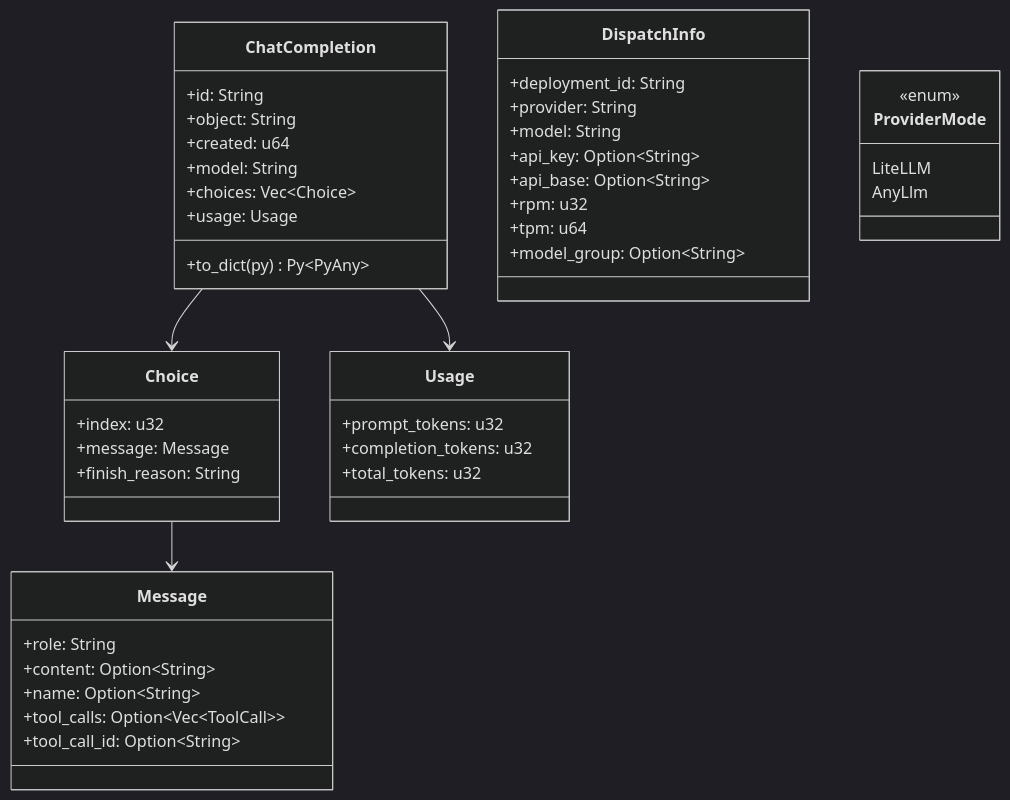
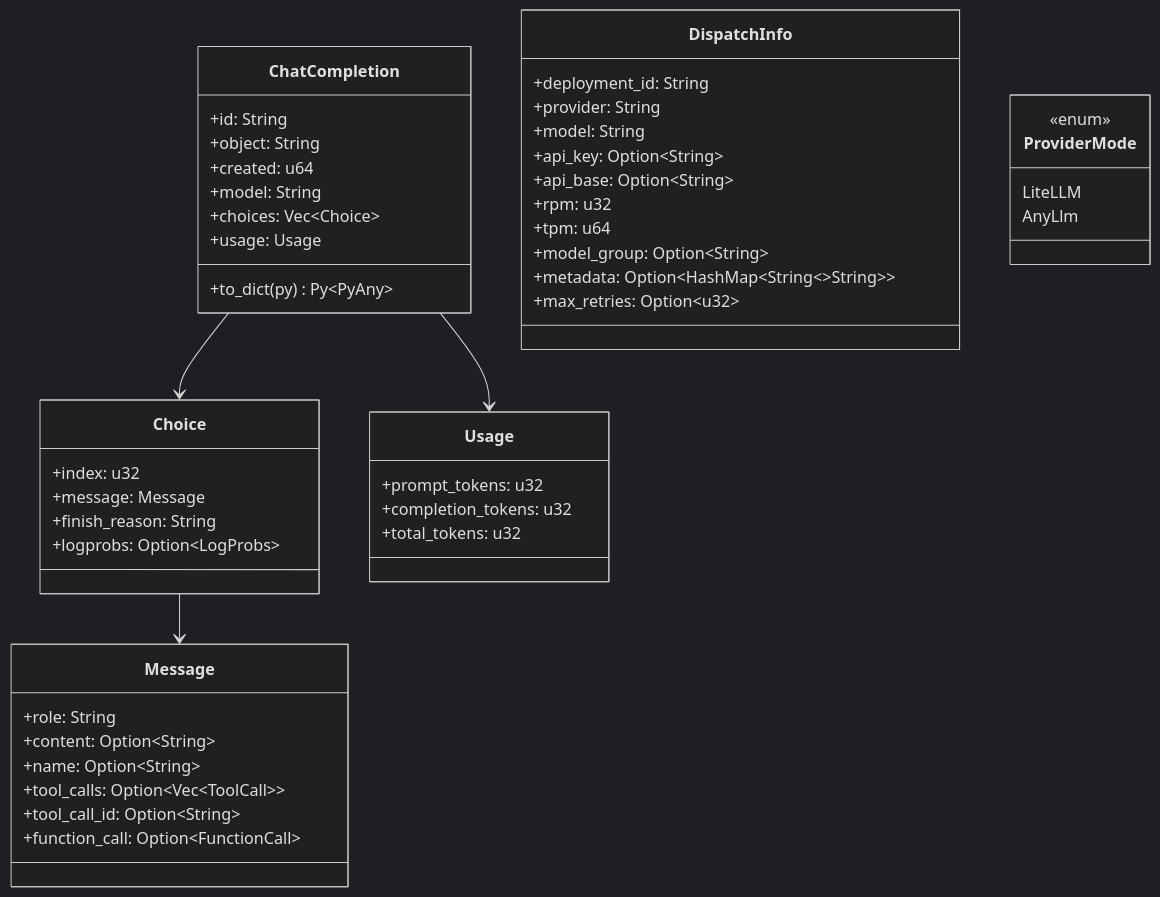
Diagram 11 of 19 in docs/architecture/quota-router-architecture.md (CipherOcto/cipherocto), drawn with Mermaid (dark theme) before and after one commit. The commit also changed other lines of this file, not shown here.

First line of the commit message:
docs: fix 33 inaccuracies in architecture document via adversarial review

````diff
--- a/docs/architecture/quota-router-architecture.md
+++ b/docs/architecture/quota-router-architecture.md
@@ -603,53 +655,57 @@
 ```mermaid
 classDiagram
     class Message {
         +role: String
         +content: Option~String~
         +name: Option~String~
         +tool_calls: Option~Vec~ToolCall~~
         +tool_call_id: Option~String~
+        +function_call: Option~FunctionCall~
     }
 
     class Choice {
         +index: u32
         +message: Message
         +finish_reason: String
+        +logprobs: Option~LogProbs~
     }
 
     class Usage {
         +prompt_tokens: u32
         +completion_tokens: u32
         +total_tokens: u32
     }
 
     class ChatCompletion {
         +id: String
         +object: String
         +created: u64
         +model: String
         +choices: Vec~Choice~
         +usage: Usage
         +to_dict(py) Py~PyAny~
     }
 
     class DispatchInfo {
         +deployment_id: String
         +provider: String
         +model: String
         +api_key: Option~String~
         +api_base: Option~String~
         +rpm: u32
         +tpm: u64
         +model_group: Option~String~
+        +metadata: Option~HashMap~String~~String~~
+        +max_retries: Option~u32~
     }
 
     class ProviderMode {
         <<enum>>
         LiteLLM
         AnyLlm
     }
 
     ChatCompletion --> Choice
     ChatCompletion --> Usage
     Choice --> Message
 ```
````
